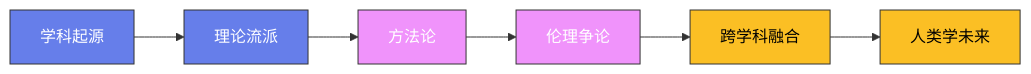
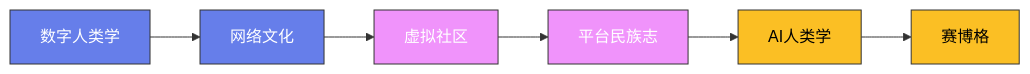
Before and after one commit to Fengur/Fengur.github.io: the diagram in content/posts/ModelCreate/人类学/20-人类学的未来.md, drawn with Mermaid. The commit also changed other lines of this file and 118 other files, not shown here.

````diff
--- a/content/posts/ModelCreate/人类学/20-人类学的未来.md
+++ b/content/posts/ModelCreate/人类学/20-人类学的未来.md
@@ -21,16 +20,16 @@
 ```mermaid
 graph LR
-    A["学科起源"] --> B["理论流派"]
-    B --> C["方法论"]
-    C --> D["伦理争论"]
-    D --> E["跨学科融合"]
-    E --> F["人类学未来"]
+    A["数字人类学"] --> B["网络文化"]
+    B --> C["虚拟社区"]
+    C --> D["平台民族志"]
+    D --> E["AI人类学"]
+    E --> F["赛博格"]
 
     classDef early fill:#667eea,stroke:#333,color:white
     classDef mid fill:#f093fb,stroke:#333,color:white
     classDef modern fill:#fbbf24,stroke:#333,color:black
 
     class A,B early
     class C,D mid
     class E,F modern
 ```
````
